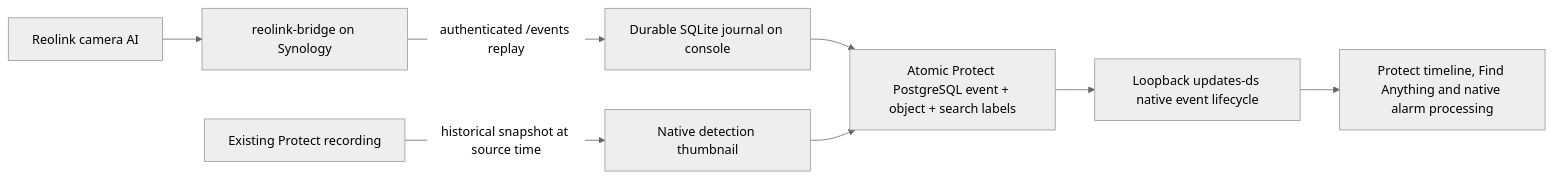
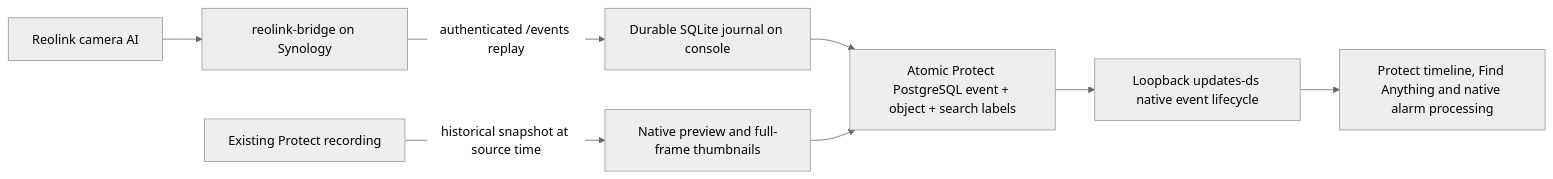
One commit to volatile1990/reolink-protect-events changed the diagram in README.md. Above: the diagram before and after it, drawn with Mermaid (neutral theme). The commit also changed other lines of this file and 7 other files, not shown here.

Commit message:
Fix timeline previews and backfill imported detection thumbnails

````diff
--- a/README.md
+++ b/README.md
@@ -9,10 +9,10 @@
 ```mermaid
 flowchart LR
     C[Reolink camera AI] --> B[reolink-bridge on Synology]
     B -->|authenticated /events replay| J[Durable SQLite journal on console]
     J --> P[Atomic Protect PostgreSQL event + object + search labels]
     P --> D[Loopback updates-ds native event lifecycle]
     D --> U[Protect timeline, Find Anything and native alarm processing]
-    V[Existing Protect recording] -->|historical snapshot at source time| T[Native detection thumbnail]
+    V[Existing Protect recording] -->|historical snapshot at source time| T[Native preview and full-frame thumbnails]
     T --> P
 ```
````
